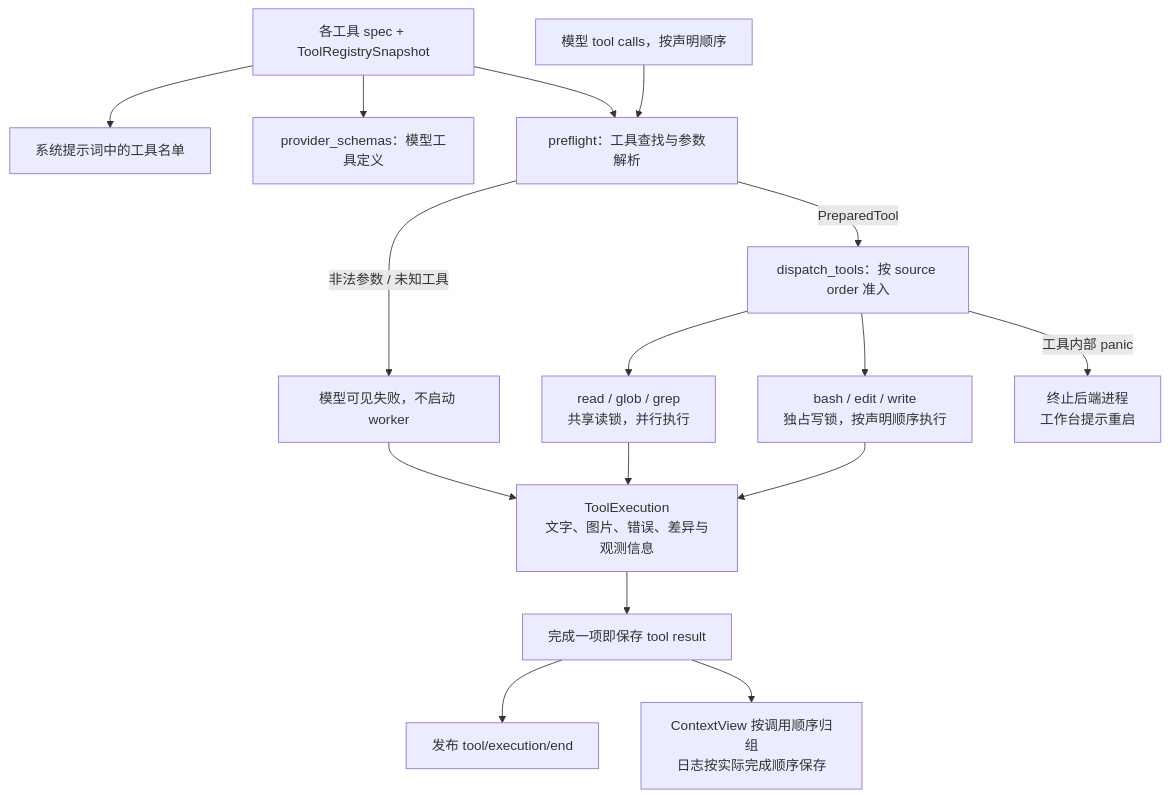
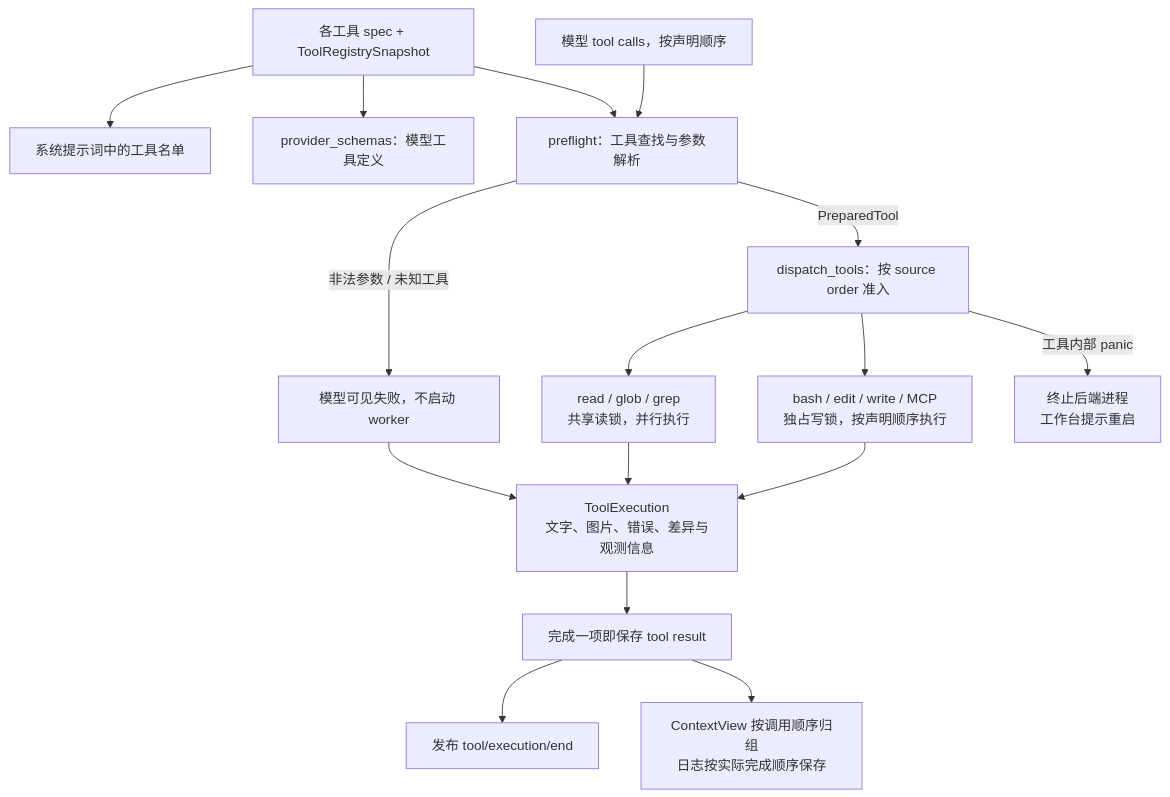
Diagram 24 of 29 in docs/architecture.md (qjcnmd/singularity-agent), drawn with Mermaid before and after one commit. The commit also changed other lines of this file and 41 other files, not shown here.

````diff
--- a/docs/architecture.md
+++ b/docs/architecture.md
@@ -695,18 +708,18 @@
 ```mermaid
 flowchart TB
     Specs["各工具 spec + ToolRegistrySnapshot"] --> Prompt["系统提示词中的工具名单"]
     Specs --> Schema["provider_schemas：模型工具定义"]
     Calls["模型 tool calls，按声明顺序"] --> Preflight["preflight：工具查找与参数解析"]
     Specs --> Preflight
     Preflight -->|"非法参数 / 未知工具"| Rejected["模型可见失败，不启动 worker"]
     Preflight -->|"PreparedTool"| Dispatch["dispatch_tools：按 source order 准入"]
     Dispatch --> ReadOnly["read / glob / grep<br/>共享读锁，并行执行"]
-    Dispatch --> Barrier["bash / edit / write<br/>独占写锁，按声明顺序执行"]
+    Dispatch --> Barrier["bash / edit / write / MCP<br/>独占写锁，按声明顺序执行"]
     Dispatch -->|"工具内部 panic"| HostFatal["终止后端进程<br/>工作台提示重启"]
     ReadOnly --> Result["ToolExecution<br/>文字、图片、错误、差异与观测信息"]
     Barrier --> Result
     Rejected --> Result
     Result --> Persist["完成一项即保存 tool result"]
     Persist --> Event["发布 tool/execution/end"]
     Persist --> ModelOrder["ContextView 按调用顺序归组<br/>日志按实际完成顺序保存"]
 ```
````
